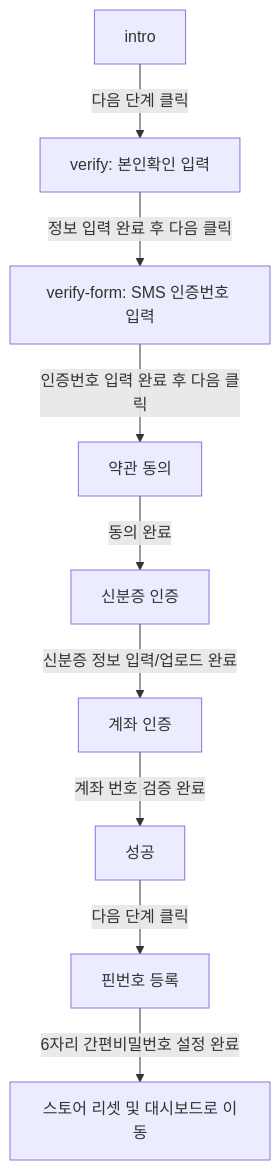
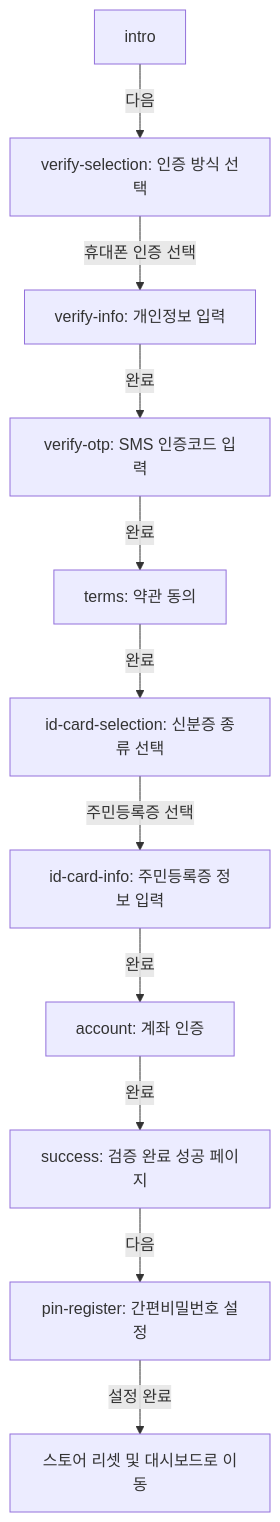
Before and after one commit to sunub/for-digital-divide: the diagram in docs/superpowers/specs/2026-06-11-onboarding-funnel-refactoring-design.md, drawn with Mermaid. The commit also changed other lines of this file, not shown here.

First line of the commit message:
docs(spec): refine onboarding steps flow details in spec

````diff
--- a/docs/superpowers/specs/2026-06-11-onboarding-funnel-refactoring-design.md
+++ b/docs/superpowers/specs/2026-06-11-onboarding-funnel-refactoring-design.md
@@ -37,11 +47,13 @@
 ```mermaid
 graph TD
-    A[intro] -->|다음 단계 클릭| B[verify: 본인확인 입력]
-    B -->|정보 입력 완료 후 다음 클릭| C[verify-form: SMS 인증번호 입력]
-    C -->|인증번호 입력 완료 후 다음 클릭| D[약관 동의]
-    D -->|동의 완료| E[신분증 인증]
-    E -->|신분증 정보 입력/업로드 완료| F[계좌 인증]
-    F -->|계좌 번호 검증 완료| G[성공]
-    G -->|다음 단계 클릭| H[핀번호 등록]
-    H -->|6자리 간편비밀번호 설정 완료| I[스토어 리셋 및 대시보드로 이동]
+    A[intro] -->|다음| B[verify-selection: 인증 방식 선택]
+    B -->|휴대폰 인증 선택| C[verify-info: 개인정보 입력]
+    C -->|완료| D[verify-otp: SMS 인증코드 입력]
+    D -->|완료| E[terms: 약관 동의]
+    E -->|완료| F[id-card-selection: 신분증 종류 선택]
+    F -->|주민등록증 선택| G[id-card-info: 주민등록증 정보 입력]
+    G -->|완료| H[account: 계좌 인증]
+    H -->|완료| I[success: 검증 완료 성공 페이지]
+    I -->|다음| J[pin-register: 간편비밀번호 설정]
+    J -->|설정 완료| K[스토어 리셋 및 대시보드로 이동]
 ```
````
